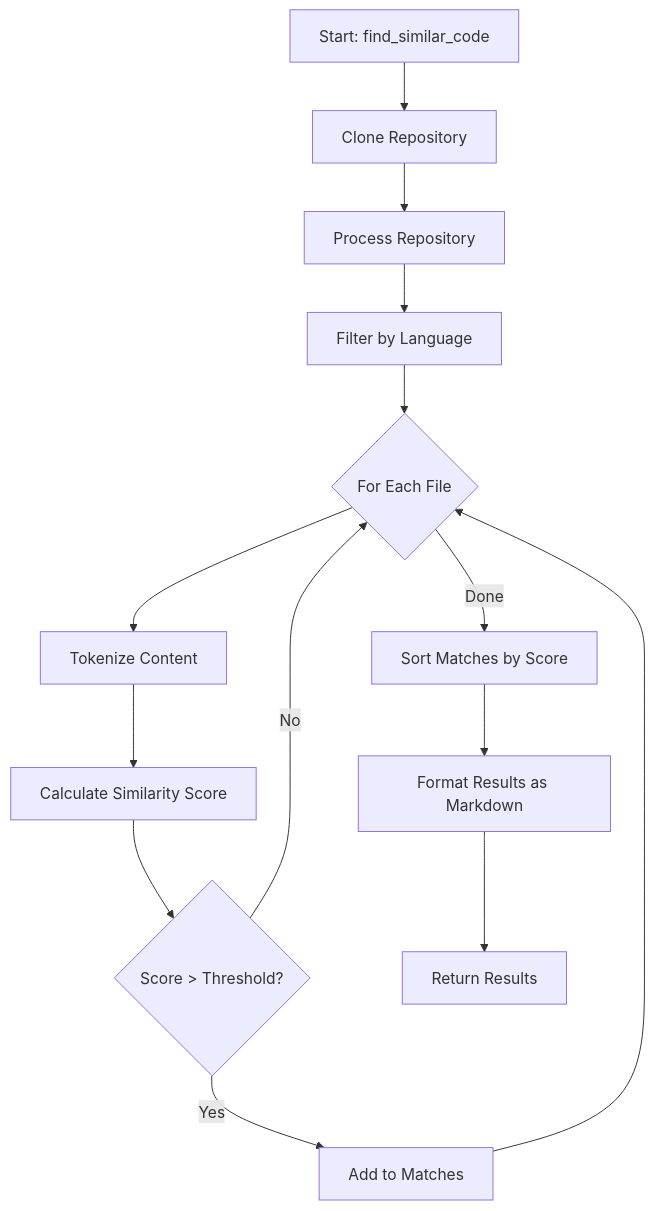
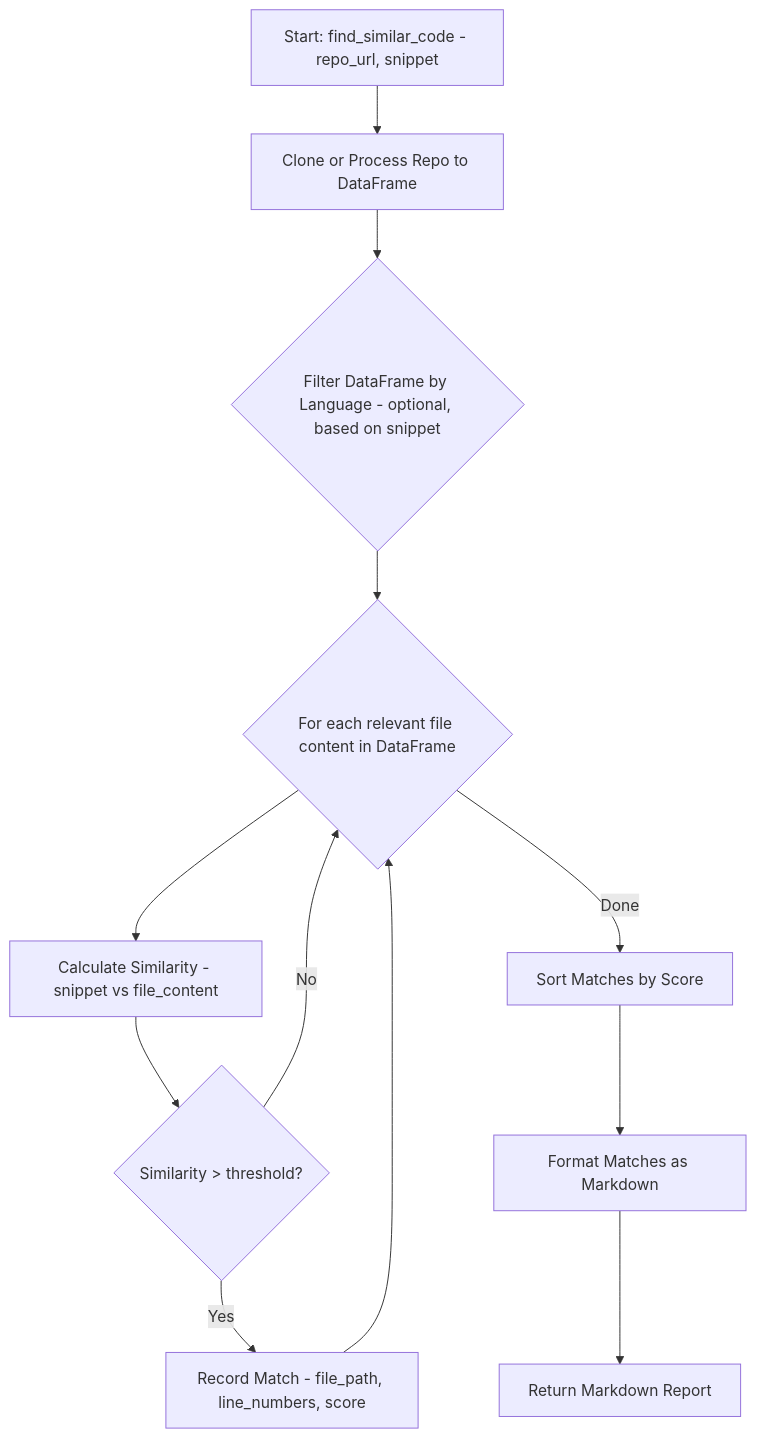
Before and after one commit to Ollama-Agent-Roll-Cage/oarc-crawlers: diagram 12 of 25 in docs/Crawlers.md, drawn with Mermaid. The commit also changed other lines of this file and 9 other files, not shown here.

````diff
--- a/docs/Crawlers.md
+++ b/docs/Crawlers.md
@@ -420,16 +423,16 @@
 ```mermaid
-flowchart TD
-    A[Start: find_similar_code] --> B[Clone Repository]
-    B --> C[Process Repository]
-    C --> D[Filter by Language]
-    D --> E{For Each File}
-    E --> F[Tokenize Content]
-    F --> G[Calculate Similarity Score]
-    G --> H{Score > Threshold?}
-    H -->|Yes| I[Add to Matches]
-    H -->|No| E
-    I --> E
-    E -->|Done| J[Sort Matches by Score]
-    J --> K[Format Results as Markdown]
-    K --> L[Return Results]
+graph TD
+    A[Start: find_similar_code - repo_url, snippet] --> B[Clone or Process Repo to DataFrame]
+    B --> C{Filter DataFrame by Language - optional, based on snippet}
+    C --> D{For each relevant file content in DataFrame}
+    D --> E[Calculate Similarity - snippet vs file_content]
+    E --> F{Similarity > threshold?}
+    F -- Yes --> G[Record Match - file_path, line_numbers, score]
+    F -- No --> D
+    G --> D
+    D -- Done --> H[Sort Matches by Score]
+    H --> I[Format Matches as Markdown]
+    I --> J[Return Markdown Report]
+
+    %% Note: Uses fuzzy matching, token-based diff, or other similarity algorithms.
 ```
````
